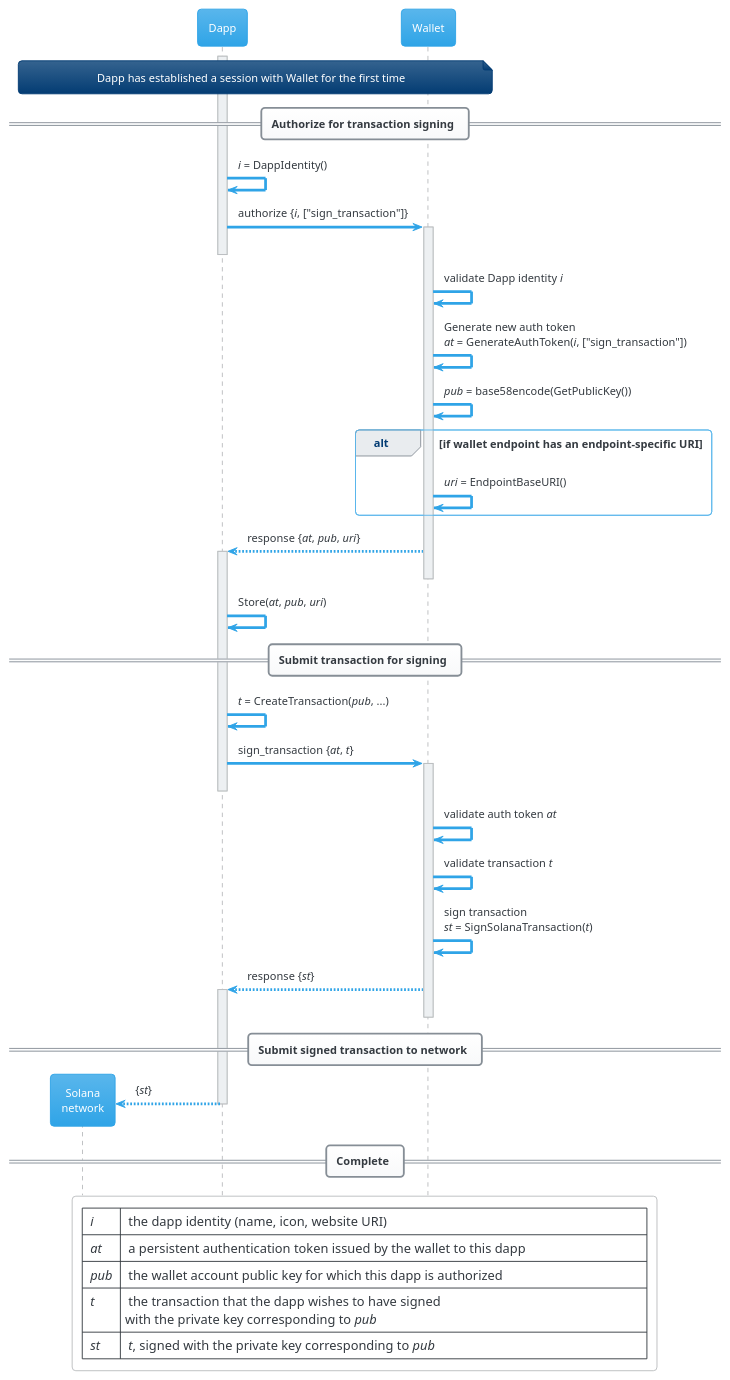
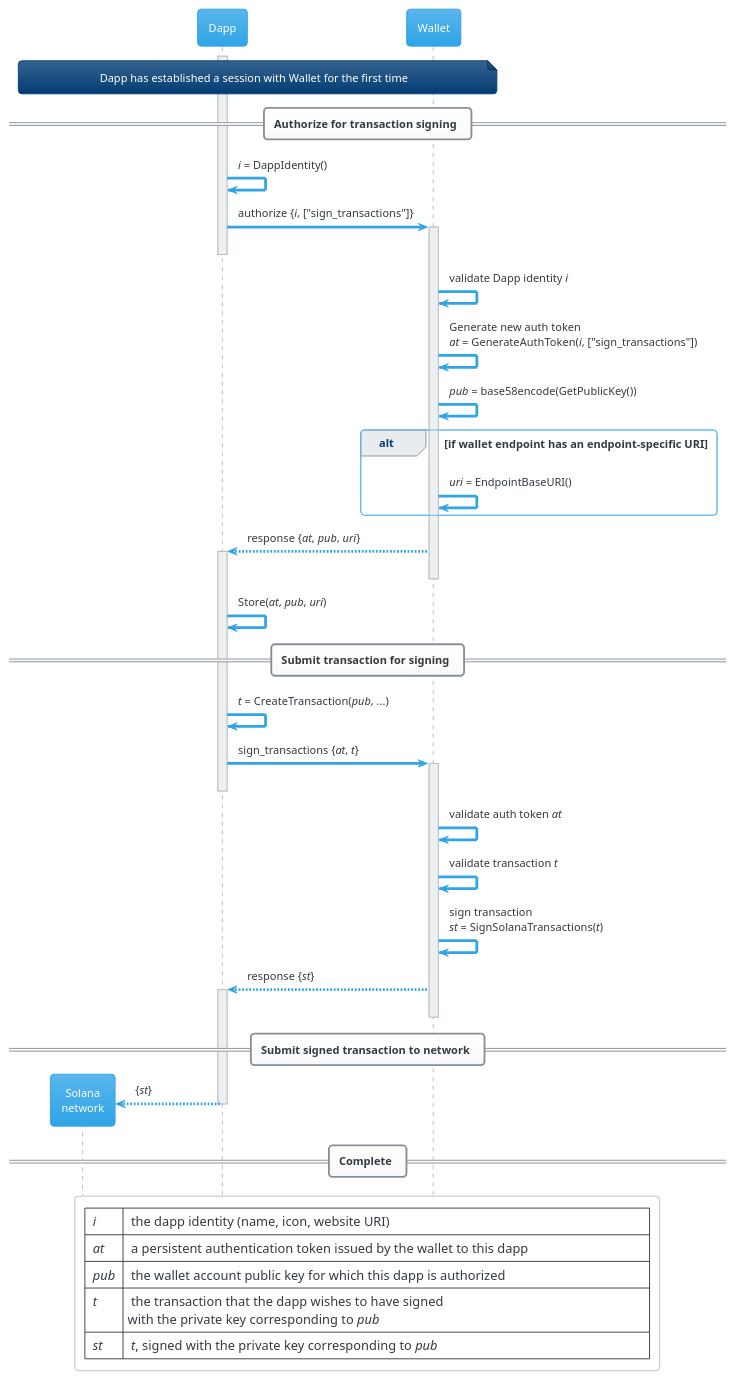
The diagram in spec/_diagrams/authorize_and_sign.plantuml (solana-mobile/mobile-wallet-adapter), drawn with PlantUML before and after one commit. The commit also changed 3 other files, not shown here.

```diff
--- a/spec/_diagrams/authorize_and_sign.plantuml
+++ b/spec/_diagrams/authorize_and_sign.plantuml
@@ -1,53 +1,53 @@
 @startuml
 
 !theme cerulean
 skinparam backgroundColor #FFFFFF
 
 hide footbox
 
 participant Solana as "Solana\nnetwork"
 participant Dapp
 participant Wallet
 
 note across : Dapp has established a session with Wallet for the first time
 
 activate Dapp
 
 == Authorize for transaction signing ==
 
 Dapp -> Dapp : <i>i</i> = DappIdentity()
-Dapp -> Wallet ++-- : authorize {<i>i</i>, ["sign_transaction"]}
+Dapp -> Wallet ++-- : authorize {<i>i</i>, ["sign_transactions"]}
 Wallet -> Wallet : validate Dapp identity <i>i</i>
-Wallet -> Wallet : Generate new auth token\n<i>at</i> = GenerateAuthToken(<i>i</i>, ["sign_transaction"])
+Wallet -> Wallet : Generate new auth token\n<i>at</i> = GenerateAuthToken(<i>i</i>, ["sign_transactions"])
 Wallet -> Wallet : <i>pub</i> = base58encode(GetPublicKey())
 alt if wallet endpoint has an endpoint-specific URI
     Wallet -> Wallet : <i>uri</i> = EndpointBaseURI() 
 end
 Wallet --> Dapp ++-- : response {<i>at</i>, <i>pub</i>, <i>uri</i>}
 Dapp -> Dapp : Store(<i>at</i>, <i>pub</i>, <i>uri</i>)
 
 == Submit transaction for signing ==
 
 Dapp -> Dapp : <i>t</i> = CreateTransaction(<i>pub</i>, ...)
-Dapp -> Wallet ++-- : sign_transaction {<i>at</i>, <i>t</i>}
+Dapp -> Wallet ++-- : sign_transactions {<i>at</i>, <i>t</i>}
 Wallet -> Wallet : validate auth token <i>at</i>
 Wallet -> Wallet : validate transaction <i>t</i>
-Wallet -> Wallet : sign transaction\n<i>st</i> = SignSolanaTransaction(<i>t</i>)
+Wallet -> Wallet : sign transaction\n<i>st</i> = SignSolanaTransactions(<i>t</i>)
 Wallet --> Dapp ++-- : response {<i>st</i>}
 
 == Submit signed transaction to network ==
 
 create Solana
 Dapp --> Solana -- : {<i>st</i>}
 
 == Complete ==
 
 legend
 | <i>i</i>   | the dapp identity (name, icon, website URI)                                                           |
 | <i>at</i>  | a persistent authentication token issued by the wallet to this dapp                                   |
 | <i>pub</i> | the wallet account public key for which this dapp is authorized                                       |
 | <i>t</i>   | the transaction that the dapp wishes to have signed\nwith the private key corresponding to <i>pub</i> |
 | <i>st</i>  | <i>t</i>, signed with the private key corresponding to <i>pub</i>                                     |
 end legend
 
 @enduml
```
